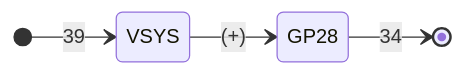
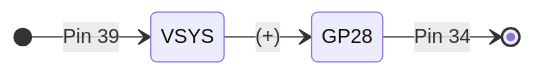
One commit to setrar/microelectronics changed the diagram in kits/sunfounder/lessons/0/README.md. Above: the diagram before and after it, drawn with Mermaid.

````diff
--- a/kits/sunfounder/lessons/0/README.md
+++ b/kits/sunfounder/lessons/0/README.md
@@ -19,7 +19,7 @@
 ```mermaid
 stateDiagram-v2
     direction LR
-    [*] --> VSYS : 39
+    [*] --> VSYS : Pin 39
     VSYS --> GP28 : (+)
-    GP28 --> [*] : 34
+    GP28 --> [*] : Pin 34
 ```
````
